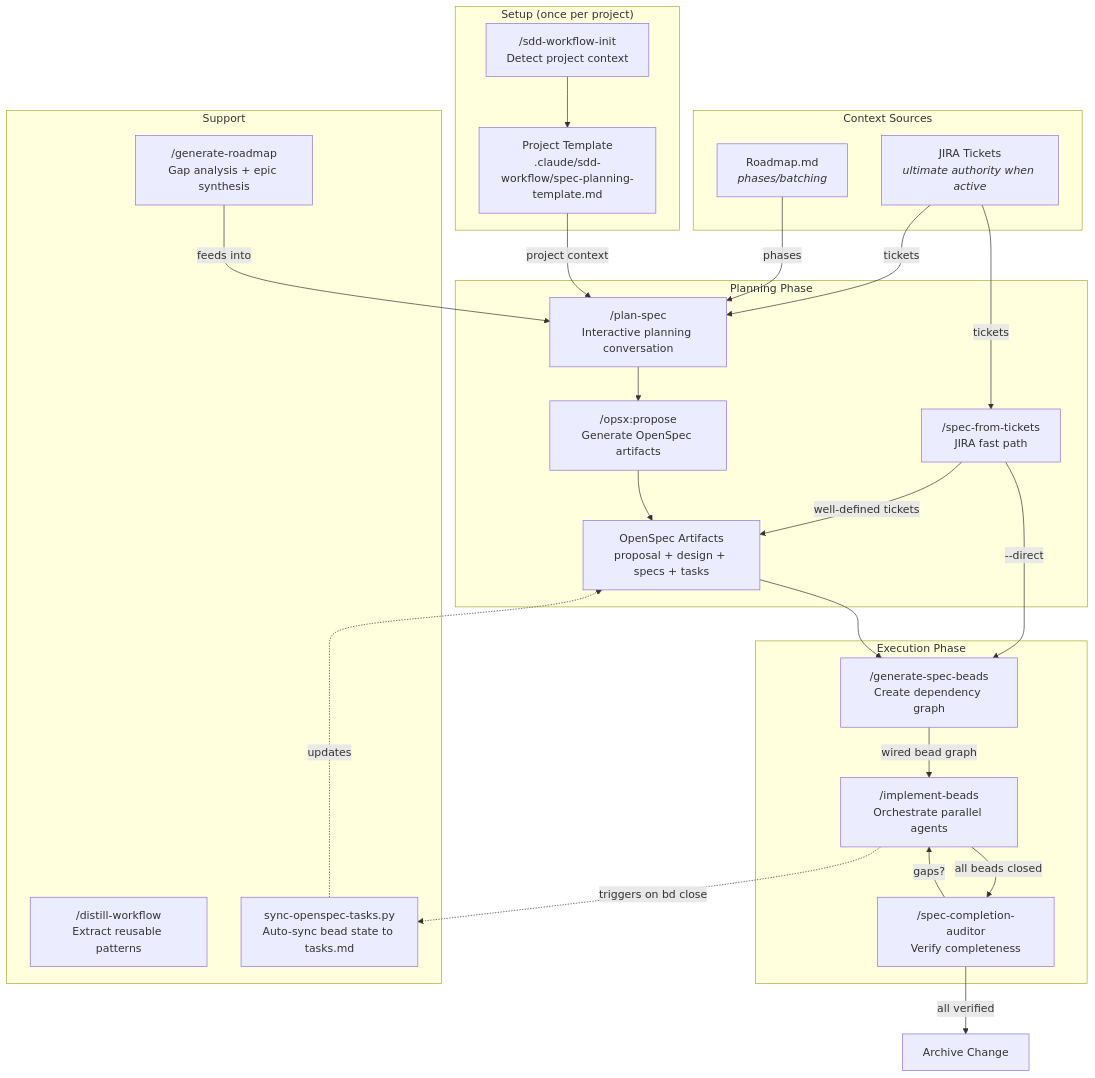
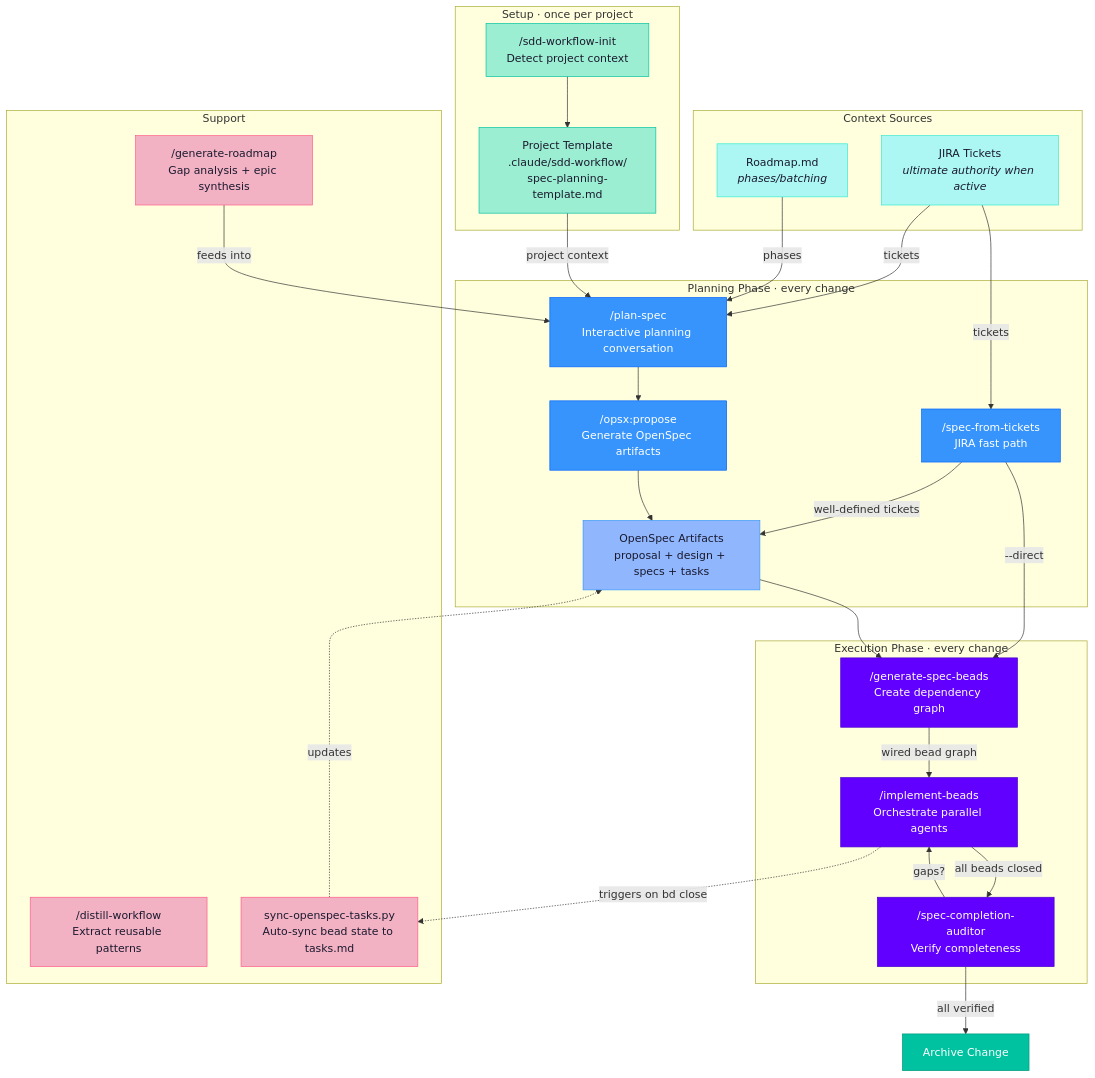
Before and after one commit to Sand2Silicon/sand2silicon-agentic-skills: the first of 5 diagrams in plugins/sdd-workflow/README.md, drawn with Mermaid. The commit also changed other lines of this file, not shown here.

````diff
--- a/plugins/sdd-workflow/README.md
+++ b/plugins/sdd-workflow/README.md
@@ -18,50 +18,58 @@
 ```mermaid
 flowchart TD
-    subgraph "Context Sources"
-        JIRA["JIRA Tickets<br/><i>ultimate authority when active</i>"]
-        RM["Roadmap.md<br/><i>phases/batching</i>"]
+    classDef context fill:#acf7f3,stroke:#36ead0,color:#1a1a2e
+    classDef setup fill:#9ceed2,stroke:#00c2a0,color:#1a1a2e
+    classDef planning fill:#3694fc,stroke:#0263fb,color:#fff
+    classDef artifact fill:#90b6fd,stroke:#3694fc,color:#1a1a2e
+    classDef execution fill:#6100ff,stroke:#4a00cc,color:#fff
+    classDef support fill:#f3b1c4,stroke:#ff5b8a,color:#1a1a2e
+    classDef success fill:#00c2a0,stroke:#009a7c,color:#fff
+
+    subgraph CTX [" Context Sources "]
+        JIRA["JIRA Tickets<br/><i>ultimate authority when active</i>"]:::context
+        RM["Roadmap.md<br/><i>phases/batching</i>"]:::context
     end
 
-    subgraph "Setup (once per project)"
-        INIT["/sdd-workflow-init<br/>Detect project context"]
-        PTPL["Project Template<br/>.claude/sdd-workflow/spec-planning-template.md"]
+    subgraph SET [" Setup · once per project "]
+        INIT["/sdd-workflow-init<br/>Detect project context"]:::setup
+        PTPL["Project Template<br/>.claude/sdd-workflow/<br/>spec-planning-template.md"]:::setup
     end
 
-    subgraph "Planning Phase"
-        PS["/plan-spec<br/>Interactive planning conversation"]
-        SFT["/spec-from-tickets<br/>JIRA fast path"]
-        PROPOSE["/opsx:propose<br/>Generate OpenSpec artifacts"]
-        OS["OpenSpec Artifacts<br/>proposal + design + specs + tasks"]
+    subgraph PLN [" Planning Phase · every change "]
+        PS["/plan-spec<br/>Interactive planning conversation"]:::planning
+        SFT["/spec-from-tickets<br/>JIRA fast path"]:::planning
+        PROPOSE["/opsx:propose<br/>Generate OpenSpec artifacts"]:::planning
+        OS["OpenSpec Artifacts<br/>proposal + design + specs + tasks"]:::artifact
     end
 
-    subgraph "Execution Phase"
-        GSB["/generate-spec-beads<br/>Create dependency graph"]
-        IB["/implement-beads<br/>Orchestrate parallel agents"]
-        SCA["/spec-completion-auditor<br/>Verify completeness"]
+    subgraph EXE [" Execution Phase · every change "]
+        GSB["/generate-spec-beads<br/>Create dependency graph"]:::execution
+        IB["/implement-beads<br/>Orchestrate parallel agents"]:::execution
+        SCA["/spec-completion-auditor<br/>Verify completeness"]:::execution
     end
 
-    subgraph "Support"
-        GR["/generate-roadmap<br/>Gap analysis + epic synthesis"]
-        DW["/distill-workflow<br/>Extract reusable patterns"]
-        SYNC["sync-openspec-tasks.py<br/>Auto-sync bead state to tasks.md"]
+    subgraph SUP [" Support "]
+        GR["/generate-roadmap<br/>Gap analysis + epic synthesis"]:::support
+        DW["/distill-workflow<br/>Extract reusable patterns"]:::support
+        SYNC["sync-openspec-tasks.py<br/>Auto-sync bead state to tasks.md"]:::support
     end
 
     INIT --> PTPL
     JIRA -->|"tickets"| PS
     JIRA -->|"tickets"| SFT
     RM -->|"phases"| PS
     PTPL -->|"project context"| PS
     PS --> PROPOSE
     SFT -->|"well-defined tickets"| OS
     SFT -->|"--direct"| GSB
     PROPOSE --> OS
     OS --> GSB
     GSB -->|"wired bead graph"| IB
     IB -->|"all beads closed"| SCA
     SCA -->|"gaps?"| IB
-    SCA -->|"all verified"| ARCHIVE["Archive Change"]
+    SCA -->|"all verified"| ARCHIVE["Archive Change"]:::success
 
     GR -->|"feeds into"| PS
     IB -.->|"triggers on bd close"| SYNC
     SYNC -.->|"updates"| OS
 ```
````
